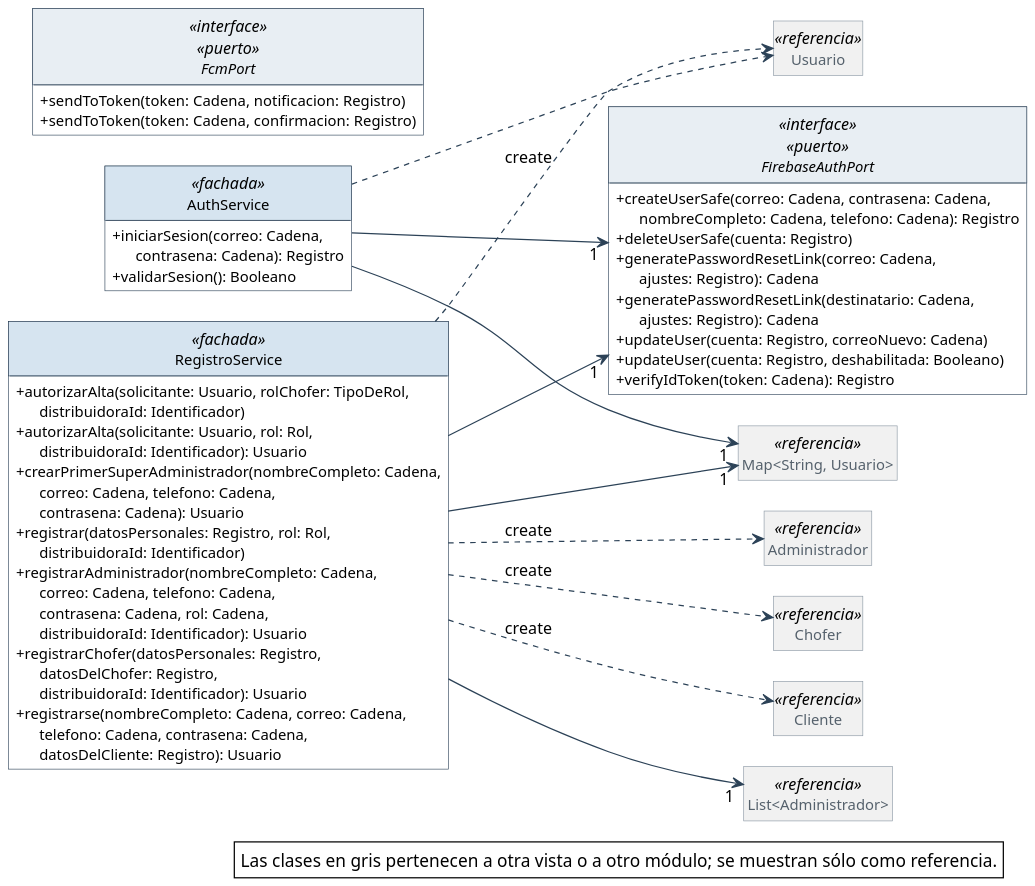
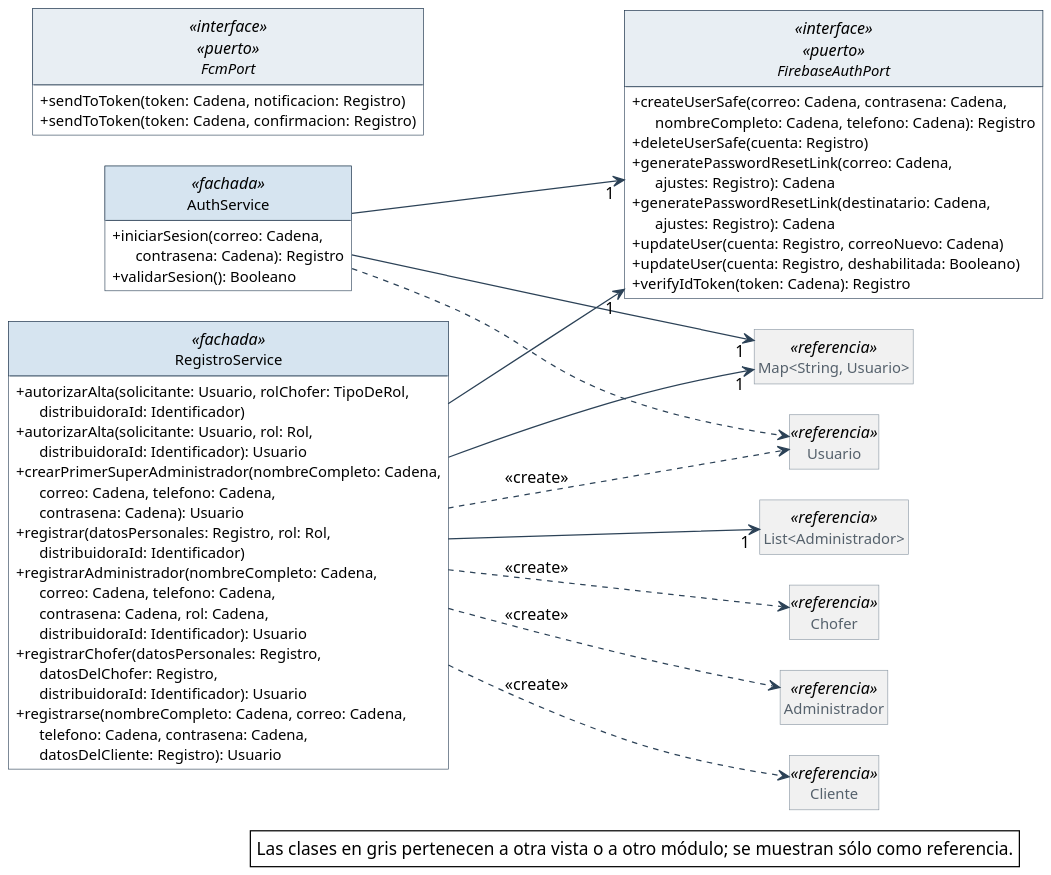
The diagram in diagramas/clases-diseno/DC_Mod_Sesion-y-registro.puml (Nahuelito-Dev/splg-docs), drawn with PlantUML before and after one commit. The commit also changed 263 other files, not shown here.

```diff
--- a/diagramas/clases-diseno/DC_Mod_Sesion-y-registro.puml
+++ b/diagramas/clases-diseno/DC_Mod_Sesion-y-registro.puml
@@ -1,110 +1,110 @@
 @startuml
 skinparam backgroundColor #FFFFFF
 skinparam shadowing false
 skinparam defaultFontName Helvetica
 skinparam defaultFontSize 13
 skinparam dpi 150
 skinparam nodesep 40
 skinparam ranksep 55
 skinparam classAttributeIconSize 0
 skinparam roundCorner 0
 skinparam genericDisplay old
 skinparam class {
   BorderColor #2C4257
   BackgroundColor #FFFFFF
   ArrowColor #2C4257
   FontSize 14
   AttributeFontSize 12
   HeaderBackgroundColor #E8EEF3
 }
 skinparam class<<referencia>> {
   BackgroundColor #F1F1F1
   BorderColor #8A97A3
   FontColor #55616C
 }
 skinparam class<<fachada>> {
   HeaderBackgroundColor #D6E4F0
 }
-skinparam class<<use case>> {
+skinparam class<<controlador>> {
   HeaderBackgroundColor #D6E4F0
 }
 skinparam class<<fabricación pura>> {
   HeaderBackgroundColor #F3E9CF
 }
 skinparam class<<colección>> {
   HeaderBackgroundColor #E6E6E6
 }
 skinparam class<<adaptador>> {
   HeaderBackgroundColor #DCEBDD
 }
 skinparam interface {
   BorderColor #2C4257
   BackgroundColor #FFFFFF
   HeaderBackgroundColor #DCEBDD
   FontSize 14
   AttributeFontSize 12
 }
 skinparam note {
   BackgroundColor #FFFFFF
   BorderColor #2C4257
 }
 skinparam packageStyle rectangle
 skinparam package {
   BorderColor #8A97A3
   FontSize 13
   FontColor #55616C
 }
 hide circle
 hide empty members
 
 left to right direction
 skinparam nodesep 25
 skinparam ranksep 90
 class AuthService <<fachada>> {
   + iniciarSesion(correo: Cadena,\n      contrasena: Cadena): Registro
   + validarSesion(): Booleano
 }
 class RegistroService <<fachada>> {
   + autorizarAlta(solicitante: Usuario, rolChofer: TipoDeRol,\n      distribuidoraId: Identificador)
   + autorizarAlta(solicitante: Usuario, rol: Rol,\n      distribuidoraId: Identificador): Usuario
   + crearPrimerSuperAdministrador(nombreCompleto: Cadena,\n      correo: Cadena, telefono: Cadena,\n      contrasena: Cadena): Usuario
   + registrar(datosPersonales: Registro, rol: Rol,\n      distribuidoraId: Identificador)
   + registrarAdministrador(nombreCompleto: Cadena,\n      correo: Cadena, telefono: Cadena,\n      contrasena: Cadena, rol: Cadena,\n      distribuidoraId: Identificador): Usuario
   + registrarChofer(datosPersonales: Registro,\n      datosDelChofer: Registro,\n      distribuidoraId: Identificador): Usuario
   + registrarse(nombreCompleto: Cadena, correo: Cadena,\n      telefono: Cadena, contrasena: Cadena,\n      datosDelCliente: Registro): Usuario
 }
 interface FirebaseAuthPort <<interface>> <<puerto>> {
   + createUserSafe(correo: Cadena, contrasena: Cadena,\n      nombreCompleto: Cadena, telefono: Cadena): Registro
   + deleteUserSafe(cuenta: Registro)
   + generatePasswordResetLink(correo: Cadena,\n      ajustes: Registro): Cadena
   + generatePasswordResetLink(destinatario: Cadena,\n      ajustes: Registro): Cadena
   + updateUser(cuenta: Registro, correoNuevo: Cadena)
   + updateUser(cuenta: Registro, deshabilitada: Booleano)
   + verifyIdToken(token: Cadena): Registro
 }
 interface FcmPort <<interface>> <<puerto>> {
   + sendToToken(token: Cadena, notificacion: Registro)
   + sendToToken(token: Cadena, confirmacion: Registro)
 }
 class "Map<String, Usuario>" as Map_String_Usuario <<referencia>>
 class "List<Administrador>" as List_Administrador <<referencia>>
+class Usuario <<referencia>>
 class Administrador <<referencia>>
+class Cliente <<referencia>>
 class Chofer <<referencia>>
-class Usuario <<referencia>>
-class Cliente <<referencia>>
 
 AuthService --> "1" FirebaseAuthPort
 AuthService --> "1" Map_String_Usuario
 RegistroService --> "1" FirebaseAuthPort
 RegistroService --> "1" List_Administrador
 RegistroService --> "1" Map_String_Usuario
 AuthService ..> Usuario
-RegistroService ..> Administrador : «create»
-RegistroService ..> Chofer : «create»
-RegistroService ..> Cliente : «create»
-RegistroService ..> Usuario : «create»
+RegistroService ..> Administrador : <<create>>
+RegistroService ..> Chofer : <<create>>
+RegistroService ..> Cliente : <<create>>
+RegistroService ..> Usuario : <<create>>
 
 legend bottom right
   Las clases en gris pertenecen a otra vista o a otro módulo; se muestran sólo como referencia.
 endlegend
 @enduml
```
